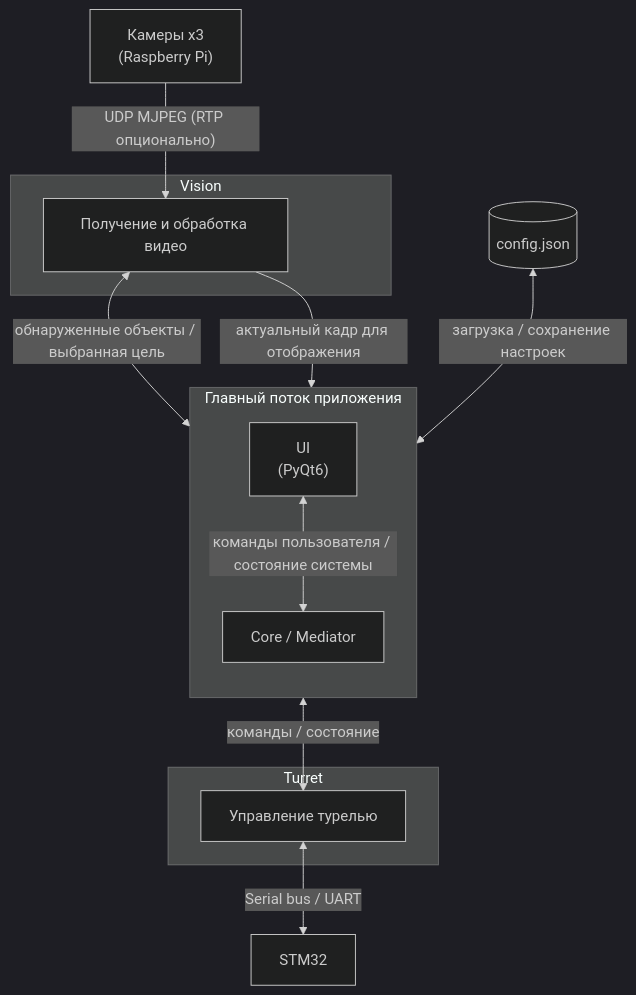
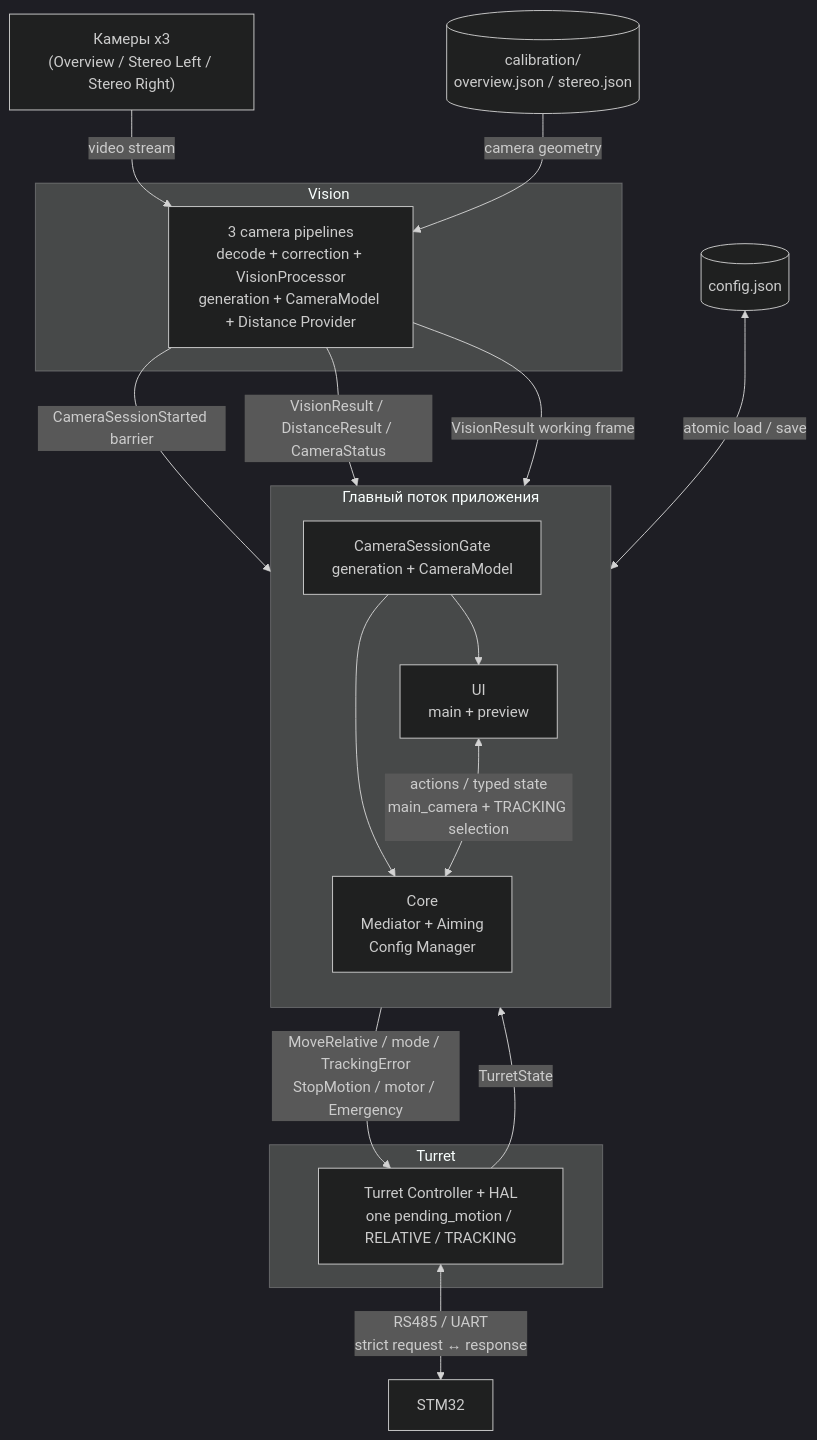
Before and after one commit to BelkaT4/navmin: the diagram in docs/dev/diagrams/overview-diagram.mmd, drawn with Mermaid (dark theme). The commit also changed 24 other files, not shown here.

Commit message:
docs: update the architecture before the first implementation

```diff
--- a/docs/dev/diagrams/overview-diagram.mmd
+++ b/docs/dev/diagrams/overview-diagram.mmd
@@ -1,29 +1,38 @@
 flowchart TB
 
-cameras["Камеры x3<br/>(Raspberry Pi)"]
+cameras["Камеры x3<br/>(Overview / Stereo Left / Stereo Right)"]
 stm32["STM32"]
 config_file[("config.json")]
+calibration[("calibration/<br/>overview.json / stereo.json")]
 
 subgraph vision["Vision"]
-    vision_module["Получение и обработка видео"]
+    vision_module["3 camera pipelines<br/>decode + correction + VisionProcessor<br/>generation + CameraModel + Distance Provider"]
 end
 
 subgraph main_thread["Главный поток приложения"]
     direction TB
-    ui["UI<br/>(PyQt6)"]
-    core["Core / Mediator"]
+    session_gate["CameraSessionGate<br/>generation + CameraModel"]
+    ui["UI<br/>main + preview"]
+    core["Core<br/>Mediator + Aiming<br/>Config Manager"]
 end
 
 subgraph turret["Turret"]
-    turret_module["Управление турелью"]
+    turret_module["Turret Controller + HAL<br/>one pending_motion / RELATIVE / TRACKING"]
 end
 
-cameras -->|"UDP MJPEG (RTP опционально)"| vision_module
-vision_module <-->|"обнаруженные объекты / выбранная цель"| core
-vision_module -->|"актуальный кадр для отображения"| ui
-ui <-->|"команды пользователя / состояние системы"| core
-core <-->|"команды / состояние"| turret_module
-turret_module <-->|"Serial bus / UART"| stm32
-config_file <-->|"загрузка / сохранение настроек"| core
-%% graph:positions {"vision":{"x":-360,"y":414,"w":192,"h":122},"main_thread":{"x":103,"y":283,"w":304,"h":254},"turret":{"x":564,"y":414,"w":192,"h":122},"cameras":{"x":-344,"y":264},"stm32":{"x":580,"y":264},"config_file":{"x":183,"y":624},"vision_module":{"x":16,"y":41},"ui":{"x":80,"y":53},"core":{"x":80,"y":172},"turret_module":{"x":16,"y":40}}
-%% graph:edges {"cameras>vision_module":{"label":[1,-23]},"vision_module>core":{"label":[-25,26]},"vision_module>ui":{"label":[-1,-126]},"core>turret_module":{"label":[22,1]},"config_file>core":{"label":[0,16]}}
+cameras -->|"video stream"| vision_module
+calibration -->|"camera geometry"| vision_module
+vision_module -->|"CameraSessionStarted barrier"| session_gate
+vision_module -->|"VisionResult / DistanceResult / CameraStatus"| core
+vision_module -->|"VisionResult working frame"| ui
+session_gate --> core
+session_gate --> ui
+ui <-->|"actions / typed state<br/>main_camera + TRACKING selection"| core
+core -->|"MoveRelative / mode / TrackingError<br/>StopMotion / motor / Emergency"| turret_module
+turret_module -->|"TurretState"| core
+turret_module <-->|"RS485 / UART<br/>strict request ↔ response"| stm32
+config_file <-->|"atomic load / save"| core
+
+%% graph:positions {"vision":{"x":-380,"y":420,"w":240,"h":170},"main_thread":{"x":80,"y":240,"w":390,"h":350},"turret":{"x":620,"y":420,"w":250,"h":170},"cameras":{"x":-360,"y":260},"stm32":{"x":650,"y":260},"config_file":{"x":210,"y":690},"calibration":{"x":-350,"y":670},"vision_module":{"x":15,"y":50},"session_gate":{"x":110,"y":40},"ui":{"x":110,"y":135},"core":{"x":110,"y":250},"turret_module":{"x":20,"y":50}}
+%% graph:edges {"cameras>vision_module":{"label":[1,-23]},"vision_module>session_gate":{"label":[-15,-20]},"vision_module>core":{"label":[-25,26]},"vision_module>ui":{"label":[-1,-90]},"session_gate>core":{"label":[-35,5]},"session_gate>ui":{"label":[35,5]},"ui>core":{"label":[-40,0]},"core>ui":{"label":[40,0]},"core>turret_module":{"label":[22,1]},"turret_module>core":{"label":[20,25]},"config_file>core":{"label":[0,16]}}
+%% graph:waypoints {}
```
